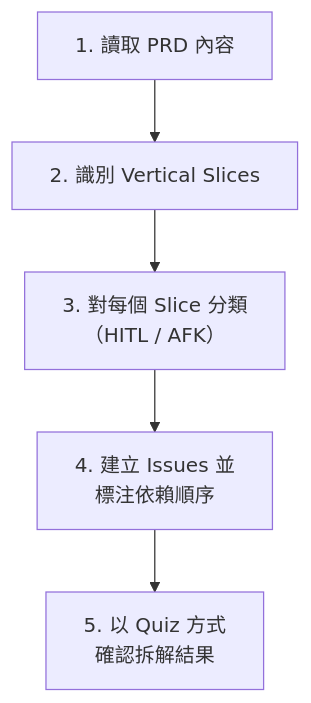
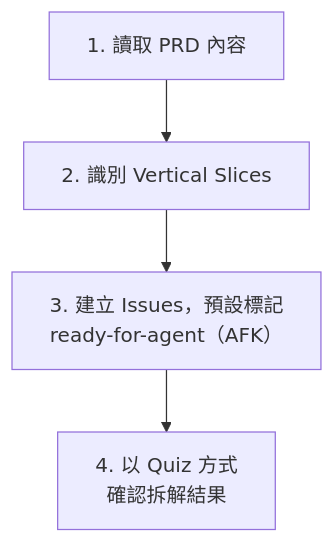
One commit to chihhung/Blog changed the eighth of 15 diagrams in content/posts/教學/AI開發/mattpocock skills 教學手冊.md. Above: the diagram before and after it, drawn with Mermaid. The commit also changed other lines of this file and 3 other files, not shown here.

````diff
--- a/content/posts/教學/AI開發/mattpocock skills 教學手冊.md
+++ b/content/posts/教學/AI開發/mattpocock skills 教學手冊.md
@@ -1359,7 +1467,6 @@
 ```mermaid
 flowchart TD
     A["1. 讀取 PRD 內容"] --> B["2. 識別 Vertical Slices"]
-    B --> C["3. 對每個 Slice 分類<br/>（HITL / AFK）"]
-    C --> D["4. 建立 Issues 並<br/>標注依賴順序"]
-    D --> E["5. 以 Quiz 方式<br/>確認拆解結果"]
+    B --> C["3. 建立 Issues，預設標記<br/>ready-for-agent（AFK）"]
+    C --> D["4. 以 Quiz 方式<br/>確認拆解結果"]
 ```
````
